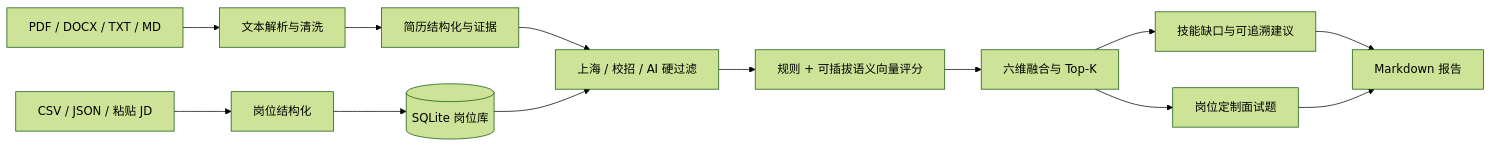
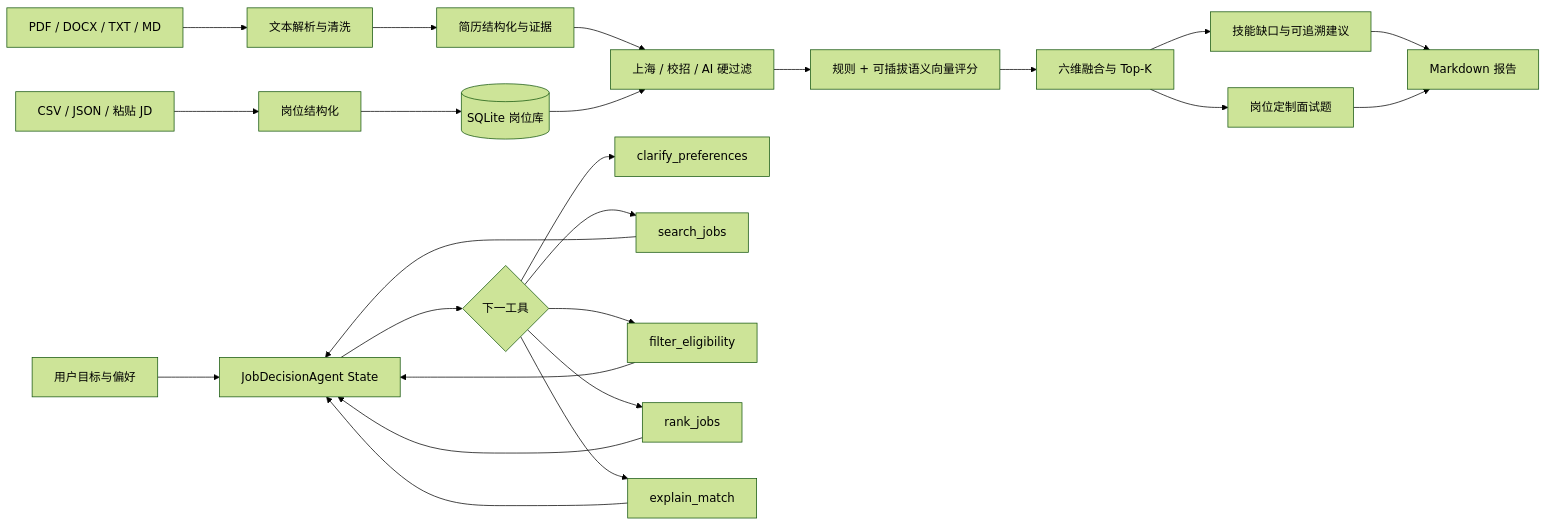
One commit to moquanCC/ai-job-agent changed the diagram in docs/architecture.md. Above: the diagram before and after it, drawn with Mermaid (forest theme). The commit also changed other lines of this file and 36 other files, not shown here.

Commit message:
Add bounded job agent, behavior evaluation, and regression coverage

````diff
--- a/docs/architecture.md
+++ b/docs/architecture.md
@@ -5,15 +5,26 @@
 ```mermaid
 flowchart LR
     A[PDF / DOCX / TXT / MD] --> B[文本解析与清洗]
     B --> C[简历结构化与证据]
     D[CSV / JSON / 粘贴 JD] --> E[岗位结构化]
     E --> F[(SQLite 岗位库)]
     C --> G[上海 / 校招 / AI 硬过滤]
     F --> G
     G --> H[规则 + 可插拔语义向量评分]
     H --> I[六维融合与 Top-K]
     I --> J[技能缺口与可追溯建议]
     I --> K[岗位定制面试题]
     J --> L[Markdown 报告]
     K --> L
+    M[用户目标与偏好] --> N[JobDecisionAgent State]
+    N --> O{下一工具}
+    O --> P[clarify_preferences]
+    O --> Q[search_jobs]
+    O --> R[filter_eligibility]
+    O --> S[rank_jobs]
+    O --> T[explain_match]
+    Q --> N
+    R --> N
+    S --> N
+    T --> N
 ```
````
